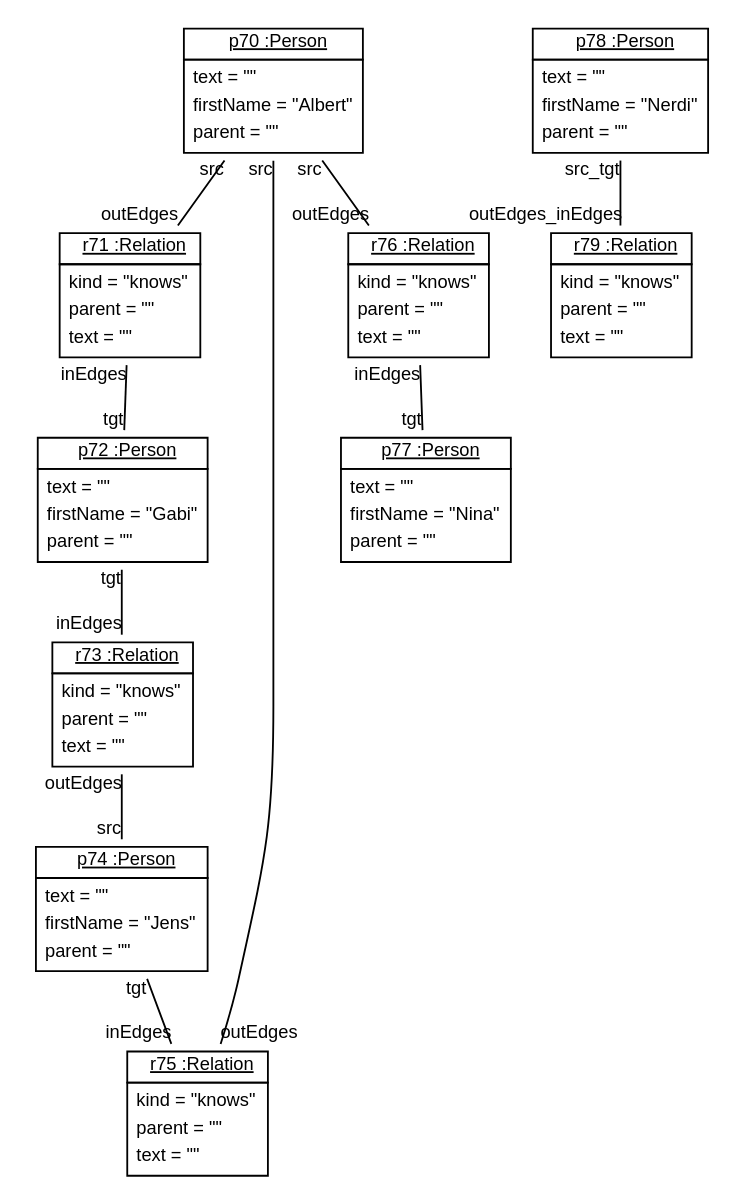
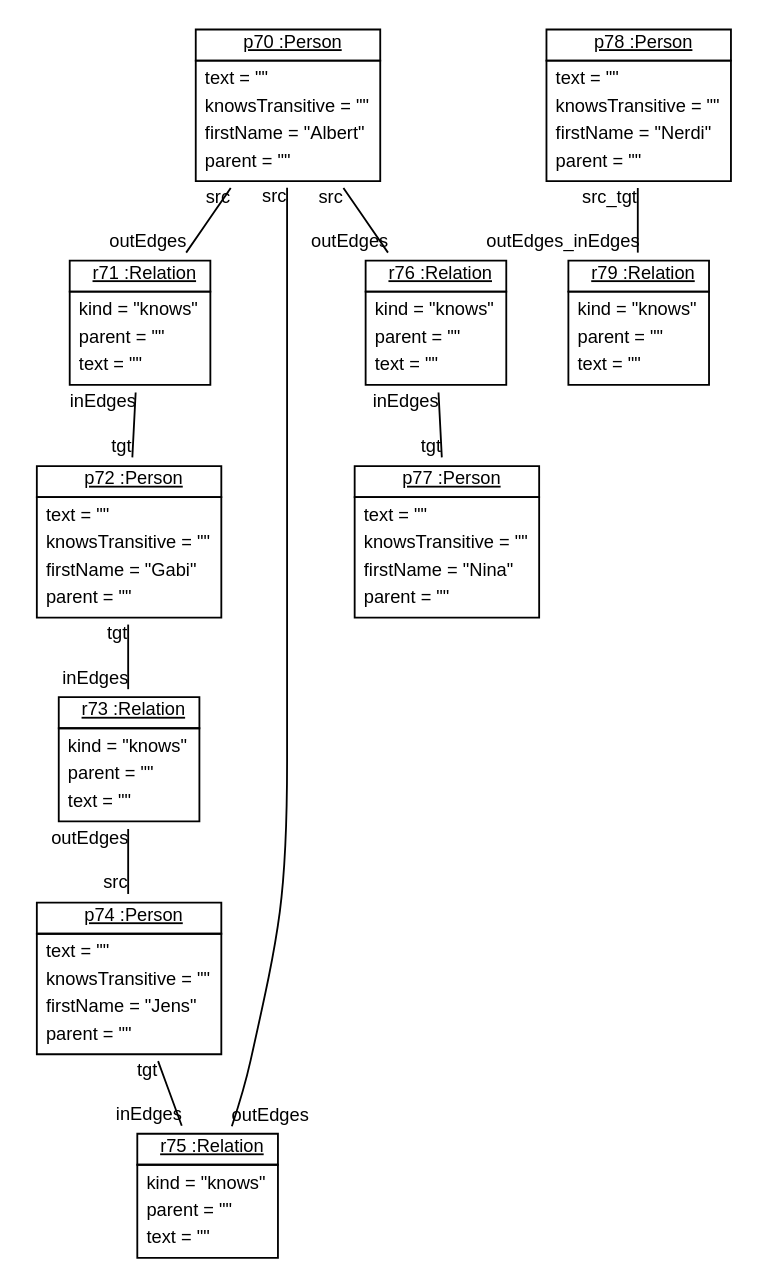
One commit to fujaba/SDMLib changed the diagram in doc/BanfM2MTransformation26.dot. Above: the diagram before and after it, drawn with Graphviz. The commit also changed 222 other files, not shown here.

```diff
--- a/doc/BanfM2MTransformation26.dot
+++ b/doc/BanfM2MTransformation26.dot
@@ -1,26 +1,26 @@
 graph ObjectDiagram {
    node [shape = none, fontsize = 10, fontname = "Arial"];
    edge [fontsize = 10, fontname = "Arial"];
    compound=true;
 
-p70 [label=<<table border='0' cellborder='1' cellspacing='0'> <tr> <td href="../examples/org/sdmlib/examples/m2m/Person.java"> <u>p70 :Person</u></td></tr><tr><td><table border='0' cellborder='0' cellspacing='0'><tr><td align='left'>text = ""</td></tr><tr><td align='left'>firstName = "Albert"</td></tr><tr><td align='left'>parent = ""</td></tr></table></td></tr></table>>];
+p70 [label=<<table border='0' cellborder='1' cellspacing='0'> <tr> <td href="../examples/org/sdmlib/examples/m2m/Person.java"> <u>p70 :Person</u></td></tr><tr><td><table border='0' cellborder='0' cellspacing='0'><tr><td align='left'>text = ""</td></tr><tr><td align='left'>knowsTransitive = ""</td></tr><tr><td align='left'>firstName = "Albert"</td></tr><tr><td align='left'>parent = ""</td></tr></table></td></tr></table>>];
 r71 [label=<<table border='0' cellborder='1' cellspacing='0'> <tr> <td href="../examples/org/sdmlib/examples/m2m/Relation.java"> <u>r71 :Relation</u></td></tr><tr><td><table border='0' cellborder='0' cellspacing='0'><tr><td align='left'>kind = "knows"</td></tr><tr><td align='left'>parent = ""</td></tr><tr><td align='left'>text = ""</td></tr></table></td></tr></table>>];
-p72 [label=<<table border='0' cellborder='1' cellspacing='0'> <tr> <td href="../examples/org/sdmlib/examples/m2m/Person.java"> <u>p72 :Person</u></td></tr><tr><td><table border='0' cellborder='0' cellspacing='0'><tr><td align='left'>text = ""</td></tr><tr><td align='left'>firstName = "Gabi"</td></tr><tr><td align='left'>parent = ""</td></tr></table></td></tr></table>>];
+p72 [label=<<table border='0' cellborder='1' cellspacing='0'> <tr> <td href="../examples/org/sdmlib/examples/m2m/Person.java"> <u>p72 :Person</u></td></tr><tr><td><table border='0' cellborder='0' cellspacing='0'><tr><td align='left'>text = ""</td></tr><tr><td align='left'>knowsTransitive = ""</td></tr><tr><td align='left'>firstName = "Gabi"</td></tr><tr><td align='left'>parent = ""</td></tr></table></td></tr></table>>];
 r73 [label=<<table border='0' cellborder='1' cellspacing='0'> <tr> <td href="../examples/org/sdmlib/examples/m2m/Relation.java"> <u>r73 :Relation</u></td></tr><tr><td><table border='0' cellborder='0' cellspacing='0'><tr><td align='left'>kind = "knows"</td></tr><tr><td align='left'>parent = ""</td></tr><tr><td align='left'>text = ""</td></tr></table></td></tr></table>>];
-p74 [label=<<table border='0' cellborder='1' cellspacing='0'> <tr> <td href="../examples/org/sdmlib/examples/m2m/Person.java"> <u>p74 :Person</u></td></tr><tr><td><table border='0' cellborder='0' cellspacing='0'><tr><td align='left'>text = ""</td></tr><tr><td align='left'>firstName = "Jens"</td></tr><tr><td align='left'>parent = ""</td></tr></table></td></tr></table>>];
+p74 [label=<<table border='0' cellborder='1' cellspacing='0'> <tr> <td href="../examples/org/sdmlib/examples/m2m/Person.java"> <u>p74 :Person</u></td></tr><tr><td><table border='0' cellborder='0' cellspacing='0'><tr><td align='left'>text = ""</td></tr><tr><td align='left'>knowsTransitive = ""</td></tr><tr><td align='left'>firstName = "Jens"</td></tr><tr><td align='left'>parent = ""</td></tr></table></td></tr></table>>];
 r75 [label=<<table border='0' cellborder='1' cellspacing='0'> <tr> <td href="../examples/org/sdmlib/examples/m2m/Relation.java"> <u>r75 :Relation</u></td></tr><tr><td><table border='0' cellborder='0' cellspacing='0'><tr><td align='left'>kind = "knows"</td></tr><tr><td align='left'>parent = ""</td></tr><tr><td align='left'>text = ""</td></tr></table></td></tr></table>>];
 r76 [label=<<table border='0' cellborder='1' cellspacing='0'> <tr> <td href="../examples/org/sdmlib/examples/m2m/Relation.java"> <u>r76 :Relation</u></td></tr><tr><td><table border='0' cellborder='0' cellspacing='0'><tr><td align='left'>kind = "knows"</td></tr><tr><td align='left'>parent = ""</td></tr><tr><td align='left'>text = ""</td></tr></table></td></tr></table>>];
-p77 [label=<<table border='0' cellborder='1' cellspacing='0'> <tr> <td href="../examples/org/sdmlib/examples/m2m/Person.java"> <u>p77 :Person</u></td></tr><tr><td><table border='0' cellborder='0' cellspacing='0'><tr><td align='left'>text = ""</td></tr><tr><td align='left'>firstName = "Nina"</td></tr><tr><td align='left'>parent = ""</td></tr></table></td></tr></table>>];
-p78 [label=<<table border='0' cellborder='1' cellspacing='0'> <tr> <td href="../examples/org/sdmlib/examples/m2m/Person.java"> <u>p78 :Person</u></td></tr><tr><td><table border='0' cellborder='0' cellspacing='0'><tr><td align='left'>text = ""</td></tr><tr><td align='left'>firstName = "Nerdi"</td></tr><tr><td align='left'>parent = ""</td></tr></table></td></tr></table>>];
+p77 [label=<<table border='0' cellborder='1' cellspacing='0'> <tr> <td href="../examples/org/sdmlib/examples/m2m/Person.java"> <u>p77 :Person</u></td></tr><tr><td><table border='0' cellborder='0' cellspacing='0'><tr><td align='left'>text = ""</td></tr><tr><td align='left'>knowsTransitive = ""</td></tr><tr><td align='left'>firstName = "Nina"</td></tr><tr><td align='left'>parent = ""</td></tr></table></td></tr></table>>];
+p78 [label=<<table border='0' cellborder='1' cellspacing='0'> <tr> <td href="../examples/org/sdmlib/examples/m2m/Person.java"> <u>p78 :Person</u></td></tr><tr><td><table border='0' cellborder='0' cellspacing='0'><tr><td align='left'>text = ""</td></tr><tr><td align='left'>knowsTransitive = ""</td></tr><tr><td align='left'>firstName = "Nerdi"</td></tr><tr><td align='left'>parent = ""</td></tr></table></td></tr></table>>];
 r79 [label=<<table border='0' cellborder='1' cellspacing='0'> <tr> <td href="../examples/org/sdmlib/examples/m2m/Relation.java"> <u>r79 :Relation</u></td></tr><tr><td><table border='0' cellborder='0' cellspacing='0'><tr><td align='left'>kind = "knows"</td></tr><tr><td align='left'>parent = ""</td></tr><tr><td align='left'>text = ""</td></tr></table></td></tr></table>>];
 
 p70 -- r71 [headlabel = "outEdges" taillabel = "src"];
 p70 -- r76 [headlabel = "outEdges" taillabel = "src"];
 p70 -- r75 [headlabel = "outEdges" taillabel = "src"];
 r71 -- p72 [headlabel = "tgt" taillabel = "inEdges"];
 p72 -- r73 [headlabel = "inEdges" taillabel = "tgt"];
 r73 -- p74 [headlabel = "src" taillabel = "outEdges"];
 p74 -- r75 [headlabel = "inEdges" taillabel = "tgt"];
 r76 -- p77 [headlabel = "tgt" taillabel = "inEdges"];
 p78 -- r79 [headlabel = "outEdges_inEdges" taillabel = "src_tgt"];
 }
```
